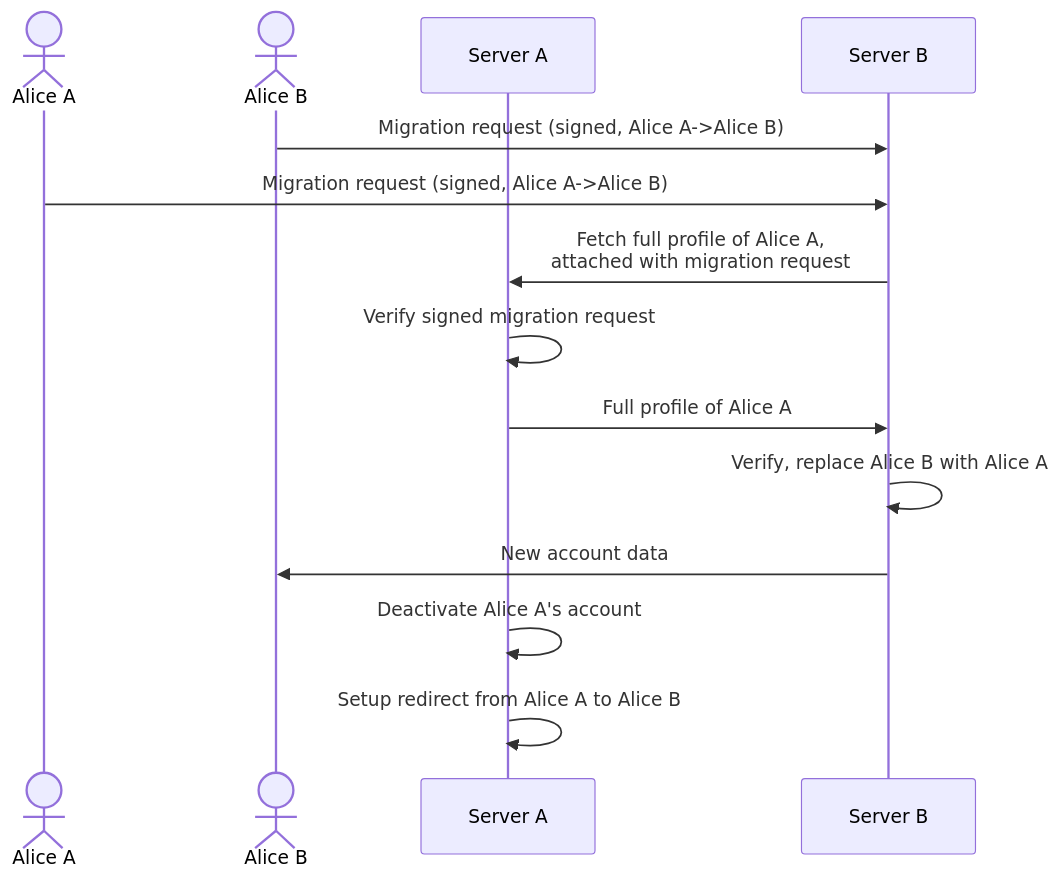
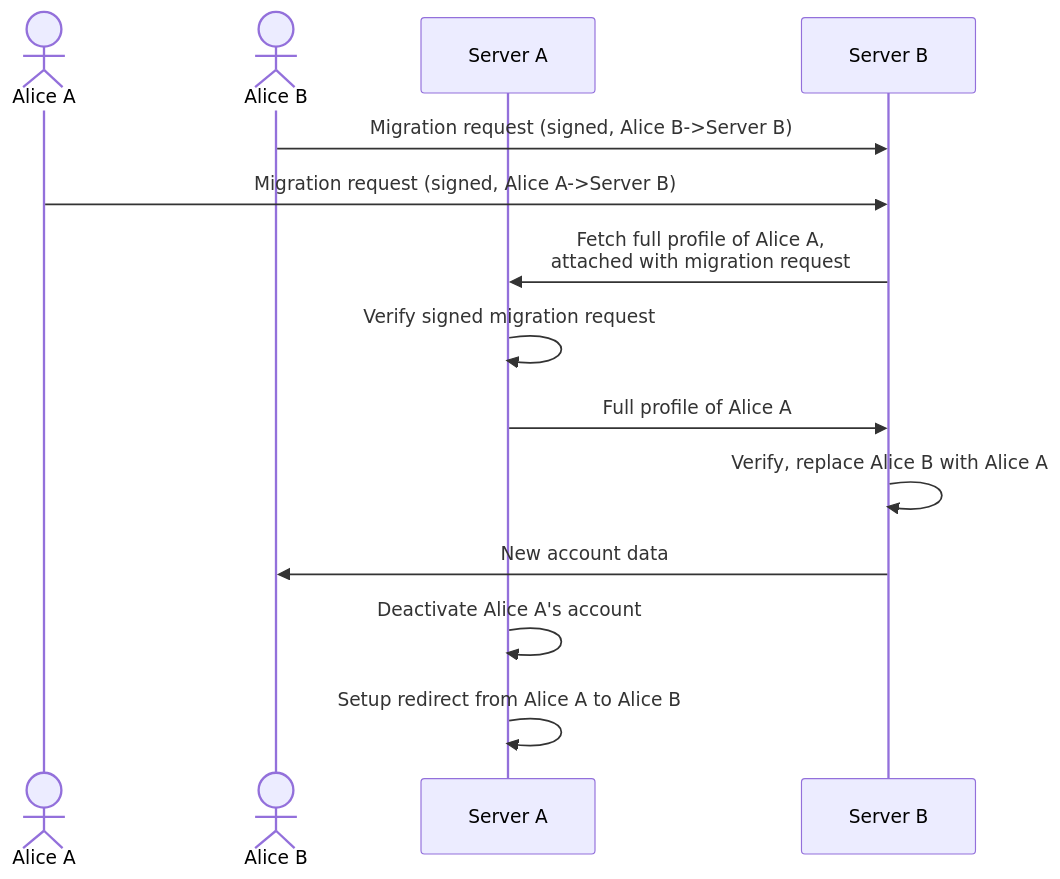
Before and after one commit to polyphony-chat/docs: the seventh of 9 diagrams in SPECIFICATION.md, drawn with Mermaid. The commit also changed other lines of this file, not shown here.

Commit message:
docs(core-spec): fix typo in migration

````diff
--- a/SPECIFICATION.md
+++ b/SPECIFICATION.md
@@ -503,18 +503,18 @@
 ```mermaid
 sequenceDiagram
 
 actor aa as Alice A
 actor ab as Alice B
 participant sa as Server A
 participant sb as Server B
 
-ab->>sb: Migration request (signed, Alice A->Alice B)
-aa->>sb: Migration request (signed, Alice A->Alice B)
+ab->>sb: Migration request (signed, Alice B->Server B)
+aa->>sb: Migration request (signed, Alice A->Server B)
 sb->>sa: Fetch full profile of Alice A,<br />attached with migration request
 sa->>sa: Verify signed migration request
 sa->>sb: Full profile of Alice A
 sb->>sb: Verify, replace Alice B with Alice A
 sb->>ab: New account data
 sa->>sa: Deactivate Alice A's account
 sa->>sa: Setup redirect from Alice A to Alice B
 ```
````
